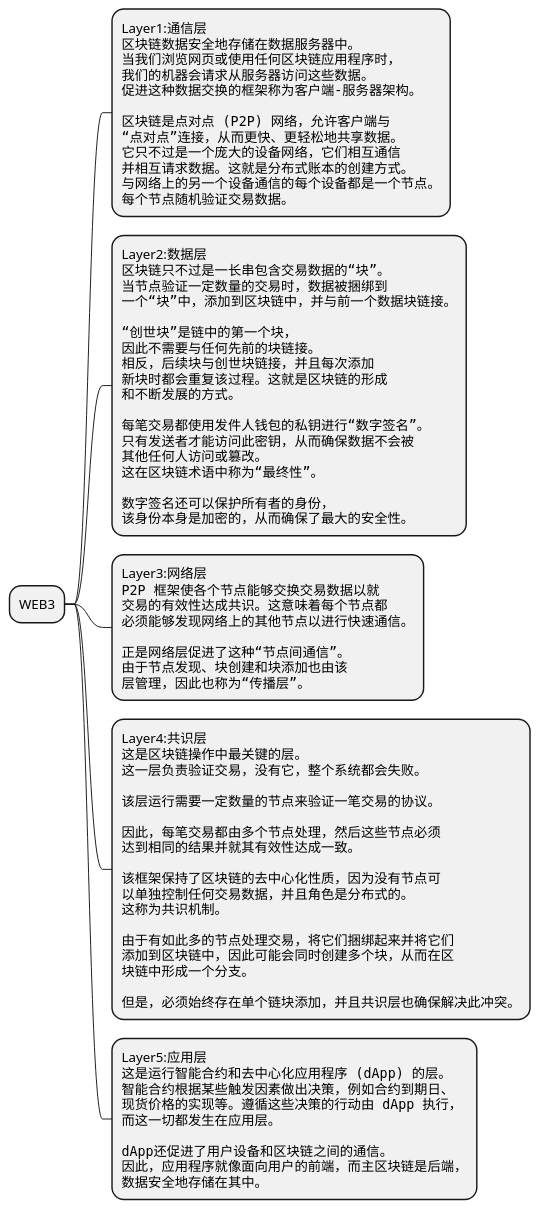
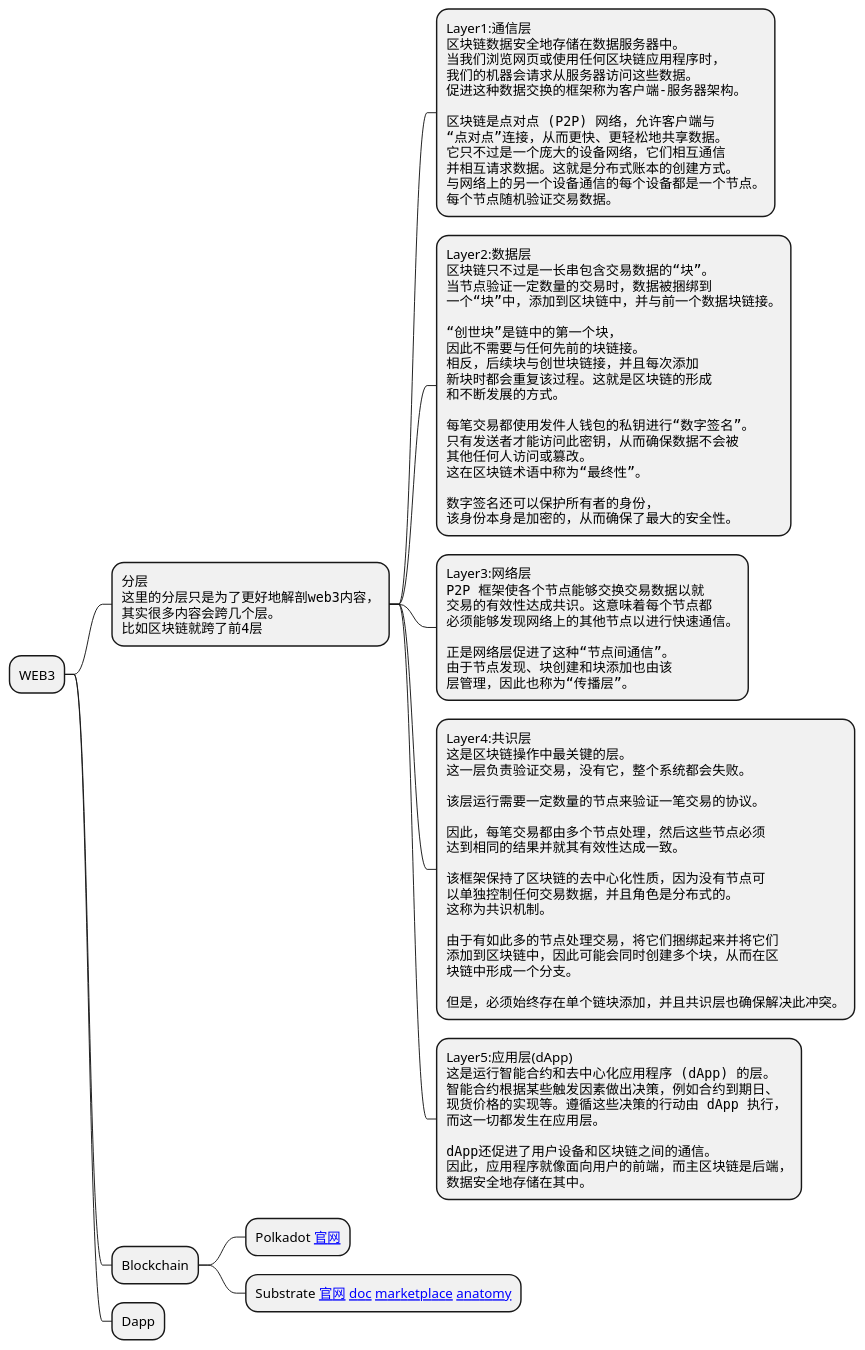
Before and after one commit to KuanHsiaoKuo/web3_galaxy: the diagram in materials/pumls/web3_galaxy.puml, drawn with PlantUML. The commit also changed 6 other files, not shown here.

```diff
--- a/materials/pumls/web3_galaxy.puml
+++ b/materials/pumls/web3_galaxy.puml
@@ -1,78 +1,88 @@
 @startmindmap
 * WEB3
-**:Layer1:通信层
+**:分层
+<code>
+这里的分层只是为了更好地解剖web3内容，
+其实很多内容会跨几个层。
+比如区块链就跨了前4层
+</code>;
+***:Layer1:通信层
 <code>
 区块链数据安全地存储在数据服务器中。
 当我们浏览网页或使用任何区块链应用程序时，
 我们的机器会请求从服务器访问这些数据。
 促进这种数据交换的框架称为客户端-服务器架构。
 
 区块链是点对点 (P2P) 网络，允许客户端与
 “点对点”连接，从而更快、更轻松地共享数据。
 它只不过是一个庞大的设备网络，它们相互通信
 并相互请求数据。这就是分布式账本的创建方式。
 与网络上的另一个设备通信的每个设备都是一个节点。
 每个节点随机验证交易数据。
 </code>;
-**:Layer2:数据层
+***:Layer2:数据层
 <code>
 区块链只不过是一长串包含交易数据的“块”。
 当节点验证一定数量的交易时，数据被捆绑到
 一个“块”中，添加到区块链中，并与前一个数据块链接。
 
 “创世块”是链中的第一个块，
 因此不需要与任何先前的块链接。
 相反，后续块与创世块链接，并且每次添加
 新块时都会重复该过程。这就是区块链的形成
 和不断发展的方式。
 
 每笔交易都使用发件人钱包的私钥进行“数字签名”。
 只有发送者才能访问此密钥，从而确保数据不会被
 其他任何人访问或篡改。
 这在区块链术语中称为“最终性”。
 
 数字签名还可以保护所有者的身份，
 该身份本身是加密的，从而确保了最大的安全性。
 </code>;
-**:Layer3:网络层
+***:Layer3:网络层
 <code>
 P2P 框架使各个节点能够交换交易数据以就
 交易的有效性达成共识。这意味着每个节点都
 必须能够发现网络上的其他节点以进行快速通信。
 
 正是网络层促进了这种“节点间通信”。
 由于节点发现、块创建和块添加也由该
 层管理，因此也称为“传播层”。
 </code>;
-**:Layer4:共识层
+***:Layer4:共识层
 <code>
 这是区块链操作中最关键的层。
 这一层负责验证交易，没有它，整个系统都会失败。
 
 该层运行需要一定数量的节点来验证一笔交易的协议。
 
 因此，每笔交易都由多个节点处理，然后这些节点必须
 达到相同的结果并就其有效性达成一致。
 
 该框架保持了区块链的去中心化性质，因为没有节点可
 以单独控制任何交易数据，并且角色是分布式的。
 这称为共识机制。
 
 由于有如此多的节点处理交易，将它们捆绑起来并将它们
 添加到区块链中，因此可能会同时创建多个块，从而在区
 块链中形成一个分支。
 
 但是，必须始终存在单个链块添加，并且共识层也确保解决此冲突。
 </code>;
-**:Layer5:应用层
+***:Layer5:应用层(dApp)
 <code>
 这是运行智能合约和去中心化应用程序 (dApp) 的层。
 智能合约根据某些触发因素做出决策，例如合约到期日、
 现货价格的实现等。遵循这些决策的行动由 dApp 执行，
 而这一切都发生在应用层。
 
 dApp还促进了用户设备和区块链之间的通信。
 因此，应用程序就像面向用户的前端，而主区块链是后端，
 数据安全地存储在其中。
 </code>;
+** Blockchain
+*** Polkadot [[https://polkadot.network/ 官网]]
+*** Substrate [[https://substrate.io/ 官网]] [[https://docs.substrate.io/?mode=dark doc]] [[https://marketplace.substrate.io/ marketplace]] [[https://kuanhsiaokuo.github.io/programming_anatomy_in_rust/layer5_ecosystem/7_business/blockchain/substrate/substrate_intro.html anatomy]]
+** Dapp
 @endmindmap
```
